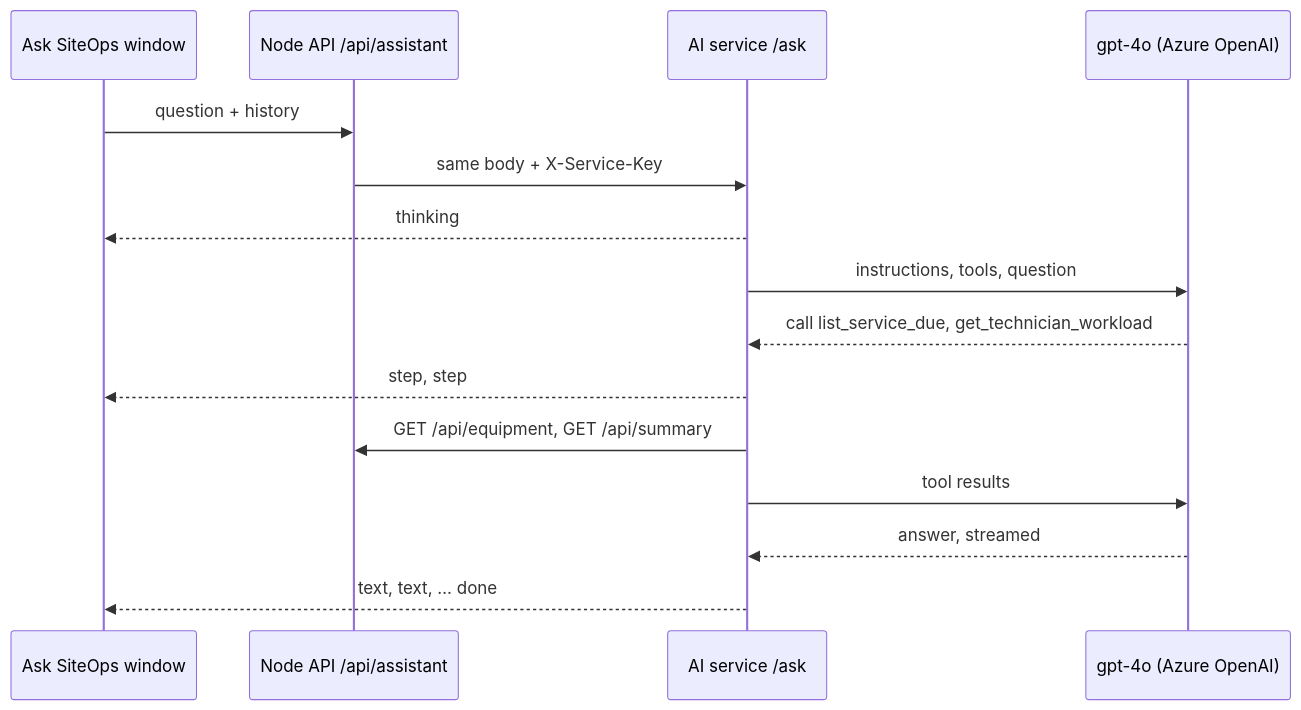
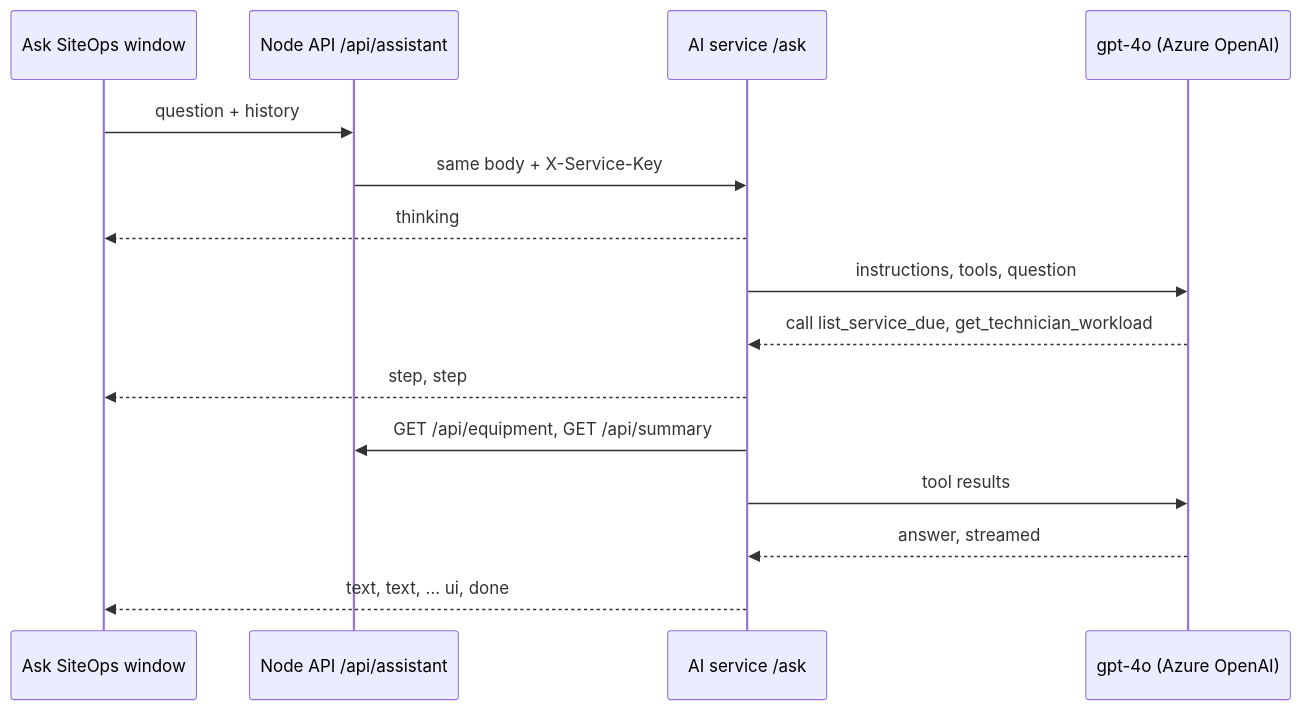
The diagram in docs/ai.md (FlemingJohn/site-operation-dashboard), drawn with Mermaid before and after one commit. The commit also changed other lines of this file, not shown here.

````diff
--- a/docs/ai.md
+++ b/docs/ai.md
@@ -5,17 +5,17 @@
 ```mermaid
 sequenceDiagram
     participant UI as Ask SiteOps window
     participant API as Node API /api/assistant
     participant AI as AI service /ask
     participant M as gpt-4o (Azure OpenAI)
     UI->>API: question + history
     API->>AI: same body + X-Service-Key
     AI-->>UI: thinking
     AI->>M: instructions, tools, question
     M-->>AI: call list_service_due, get_technician_workload
     AI-->>UI: step, step
     AI->>API: GET /api/equipment, GET /api/summary
     AI->>M: tool results
     M-->>AI: answer, streamed
-    AI-->>UI: text, text, … done
+    AI-->>UI: text, text, … ui, done
 ```
````
